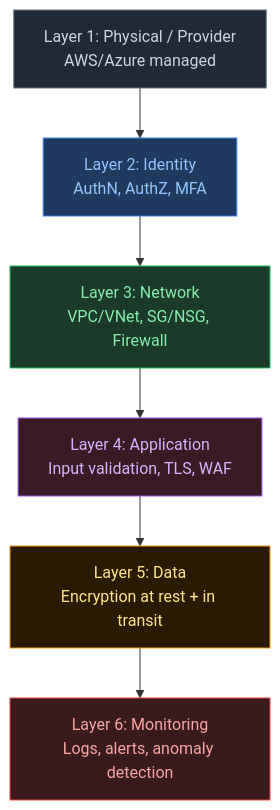
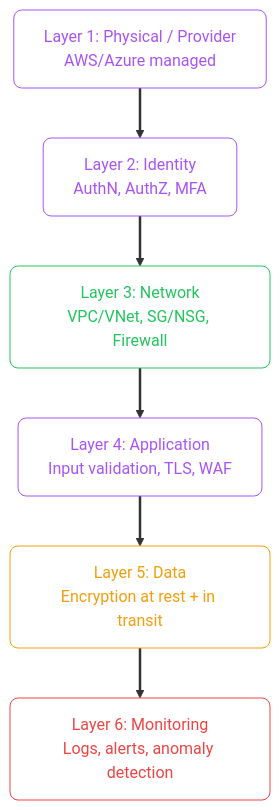
The sixth of 7 diagrams in src/content/cloud/common/security-foundations.mdx (zafarale/cloudification), drawn with Mermaid before and after one commit. The commit also changed other lines of this file and 84 other files, not shown here.

````diff
--- a/src/content/cloud/common/security-foundations.mdx
+++ b/src/content/cloud/common/security-foundations.mdx
@@ -193,18 +219,19 @@
 ```mermaid
 flowchart TD
-    L1["Layer 1: Physical / Provider\nAWS/Azure managed"]
-    L2["Layer 2: Identity\nAuthN, AuthZ, MFA"]
-    L3["Layer 3: Network\nVPC/VNet, SG/NSG, Firewall"]
-    L4["Layer 4: Application\nInput validation, TLS, WAF"]
-    L5["Layer 5: Data\nEncryption at rest + in transit"]
-    L6["Layer 6: Monitoring\nLogs, alerts, anomaly detection"]
+    accTitle: 5. Defense in Depth
+    accDescr: Flowchart (td) showing Layer 1: Physical / Provider AWS/Azure managed, Layer 2: Identity AuthN, AuthZ, MFA, Layer 3: Network VPC/VNet, SG/NSG, Firewall
+    classDef step fill:none,stroke:#a855f7,color:#a855f7,rx:8,ry:8
+    classDef ok   fill:none,stroke:#22c55e,color:#22c55e,rx:8,ry:8
+    classDef fail fill:none,stroke:#ef4444,color:#ef4444,rx:8,ry:8
+    classDef decesion fill:none,stroke:#f59e0b,color:#f59e0b,rx:8,ry:8
+    linkStyle default stroke-width:2.5px
+
+    L1["Layer 1: Physical / Provider<br/>AWS/Azure managed"]:::step
+    L2["Layer 2: Identity<br/>AuthN, AuthZ, MFA"]:::step
+    L3["Layer 3: Network<br/>VPC/VNet, SG/NSG, Firewall"]:::ok
+    L4["Layer 4: Application<br/>Input validation, TLS, WAF"]:::step
+    L5["Layer 5: Data<br/>Encryption at rest + in transit"]:::decesion
+    L6["Layer 6: Monitoring<br/>Logs, alerts, anomaly detection"]:::fail
 
     L1 --> L2 --> L3 --> L4 --> L5 --> L6
-
-    style L1 fill:#1f2937,stroke:#6b7280,color:#d1d5db
-    style L2 fill:#1e3a5f,stroke:#3b82f6,color:#93c5fd
-    style L3 fill:#1a3a2a,stroke:#22c55e,color:#86efac
-    style L4 fill:#3a1a24,stroke:#a855f7,color:#d8b4fe
-    style L5 fill:#2a1a00,stroke:#f59e0b,color:#fde68a
-    style L6 fill:#3a1a1a,stroke:#ef4444,color:#fca5a5
 ```
````
